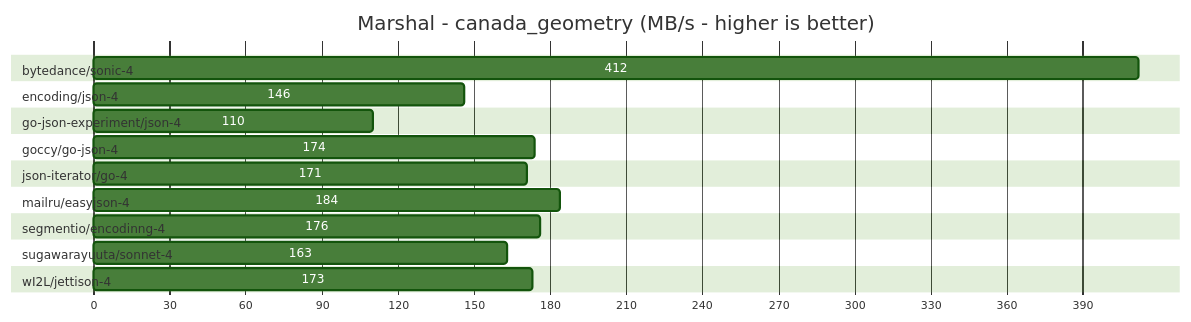
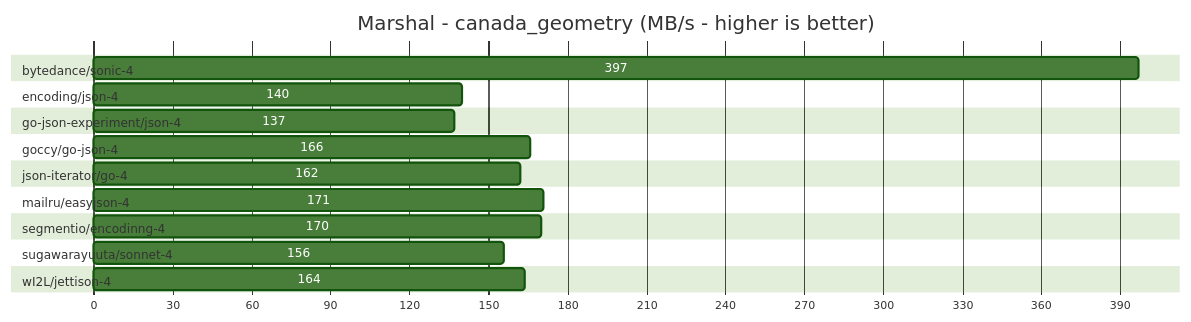
Before and after one commit to sugawarayuuta/benchmark: the first of 12 diagrams in README.md, drawn with Mermaid (forest theme). The commit also changed other lines of this file and 3 other files, not shown here.

````diff
--- a/README.md
+++ b/README.md
@@ -1,25 +1,25 @@
 ```mermaid
 gantt
 title Marshal - canada_geometry (MB/s - higher is better)
 dateFormat X
 axisFormat %s
 
 section bytedance/sonic-4                 
-412 :0, 412
+397 :0, 397
 section encoding/json-4         
-146 :0, 146
+140 :0, 140
 section go-json-experiment/json-4         
-110 :0, 110
+137 :0, 137
 section goccy/go-json-4                   
-174 :0, 174
+166 :0, 166
 section json-iterator/go-4                
+162 :0, 162
+section mailru/easyjson-4                 
 171 :0, 171
-section mailru/easyjson-4                 
-184 :0, 184
 section segmentio/encodinng-4             
-176 :0, 176
+170 :0, 170
 section sugawarayuuta/sonnet-4            
-163 :0, 163
+156 :0, 156
 section wI2L/jettison-4                   
-173 :0, 173
+164 :0, 164
 ```
````
